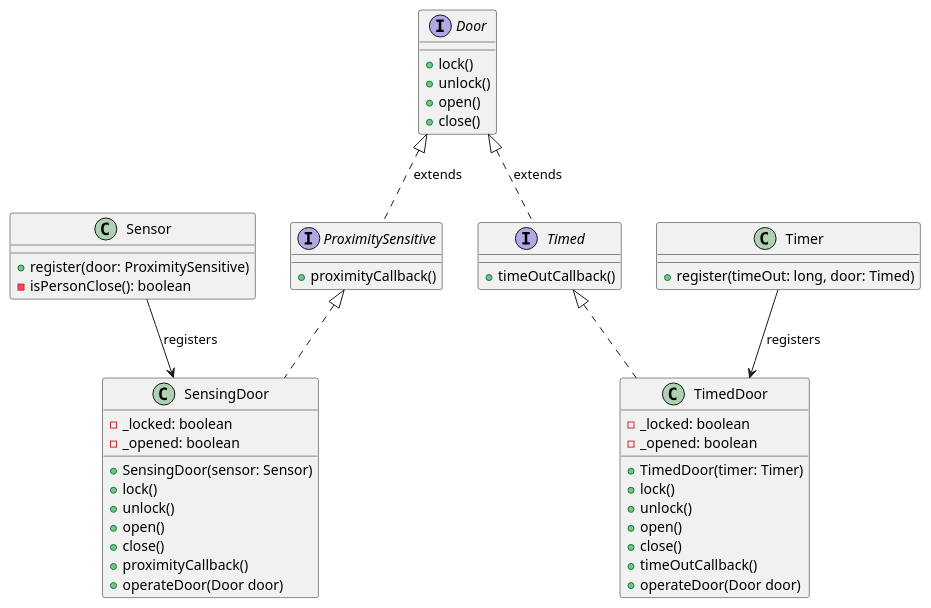
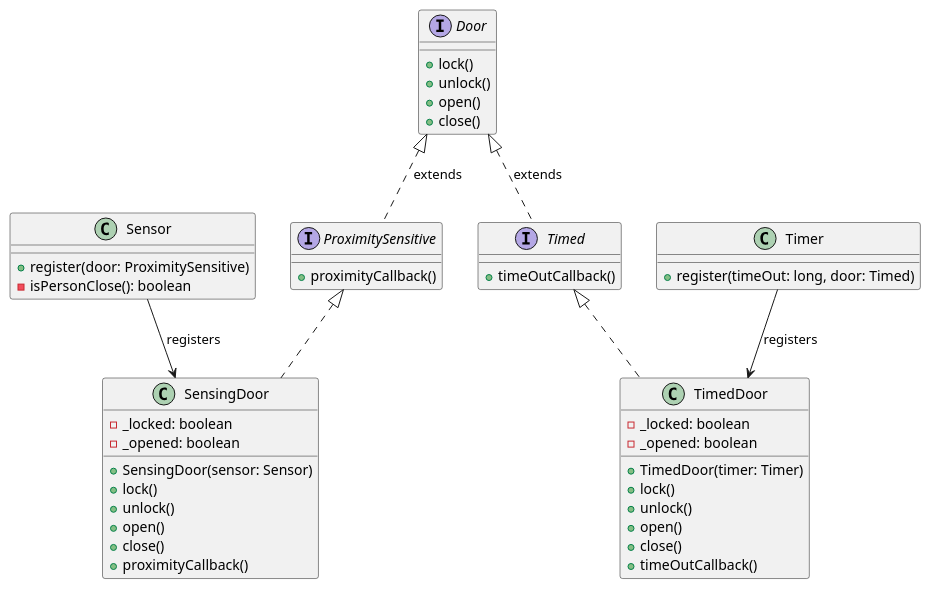
The diagram in ISP/src/com/directi/training/isp/solution/solution.wsd (walid192/Software-Architecture), drawn with PlantUML before and after one commit.

```diff
--- a/ISP/src/com/directi/training/isp/solution/solution.wsd
+++ b/ISP/src/com/directi/training/isp/solution/solution.wsd
@@ -1,58 +1,56 @@
 @startuml
 
 interface Door {
   + lock()
   + unlock()
   + open()
   + close()
 }
 
 
 interface ProximitySensitive {
   + proximityCallback()
 }
 
 interface Timed {
   + timeOutCallback()
 }
 
 class SensingDoor implements  ProximitySensitive {
   - _locked: boolean
   - _opened: boolean
   + SensingDoor(sensor: Sensor)
   + lock()
   + unlock()
   + open()
   + close()
   + proximityCallback()
-  + operateDoor(Door door)
 }
 
 class TimedDoor implements Timed {
   - _locked: boolean
   - _opened: boolean
   + TimedDoor(timer: Timer)
   + lock()
   + unlock()
   + open()
   + close()
   + timeOutCallback()
-  + operateDoor(Door door)
 }
 
 class Timer {
   + register(timeOut: long, door: Timed)
 }
 
 class Sensor {
   + register(door: ProximitySensitive)
   - isPersonClose(): boolean
 }
 
 Door <|.. ProximitySensitive : extends
 Door <|.. Timed : extends
 
 Timer --> TimedDoor : registers
 Sensor --> SensingDoor : registers
 
 @enduml
```
